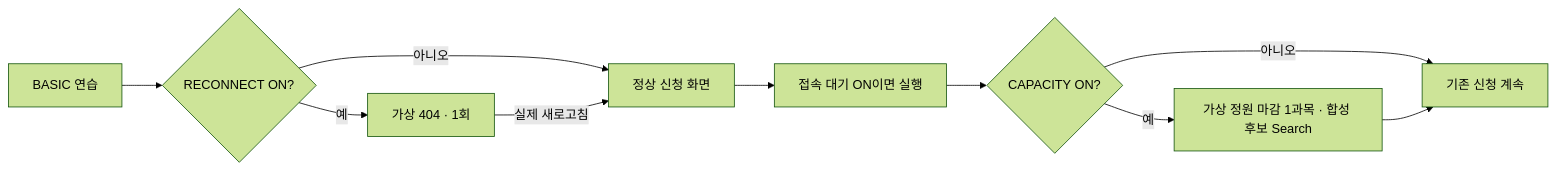
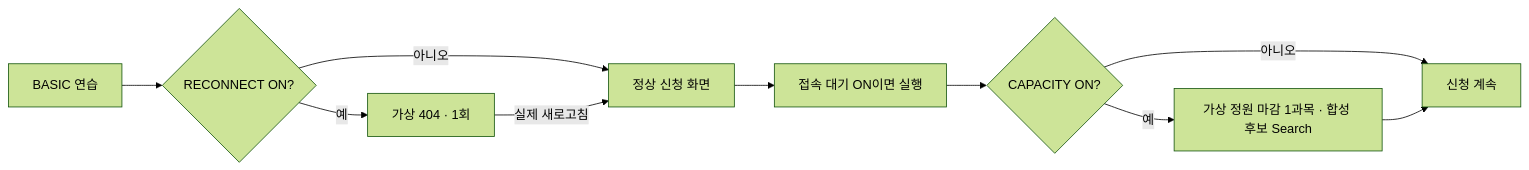
One commit to chny0n/Hanmo changed the first of 2 diagrams in README.md. Above: the diagram before and after it, drawn with Mermaid (forest theme). The commit also changed other lines of this file and 3 other files, not shown here.

````diff
--- a/README.md
+++ b/README.md
@@ -80,12 +83,12 @@
 ```mermaid
 flowchart LR
     A["BASIC 연습"] --> B{"RECONNECT ON?"}
     B -- "아니오" --> D["정상 신청 화면"]
     B -- "예" --> C["가상 404 · 1회"]
     C -- "실제 새로고침" --> D
     D --> E["접속 대기 ON이면 실행"]
     E --> G{"CAPACITY ON?"}
     G -- "예" --> H["가상 정원 마감 1과목 · 합성 후보 Search"]
-    G -- "아니오" --> F["기존 신청 계속"]
+    G -- "아니오" --> F["신청 계속"]
     H --> F
 ```
````
